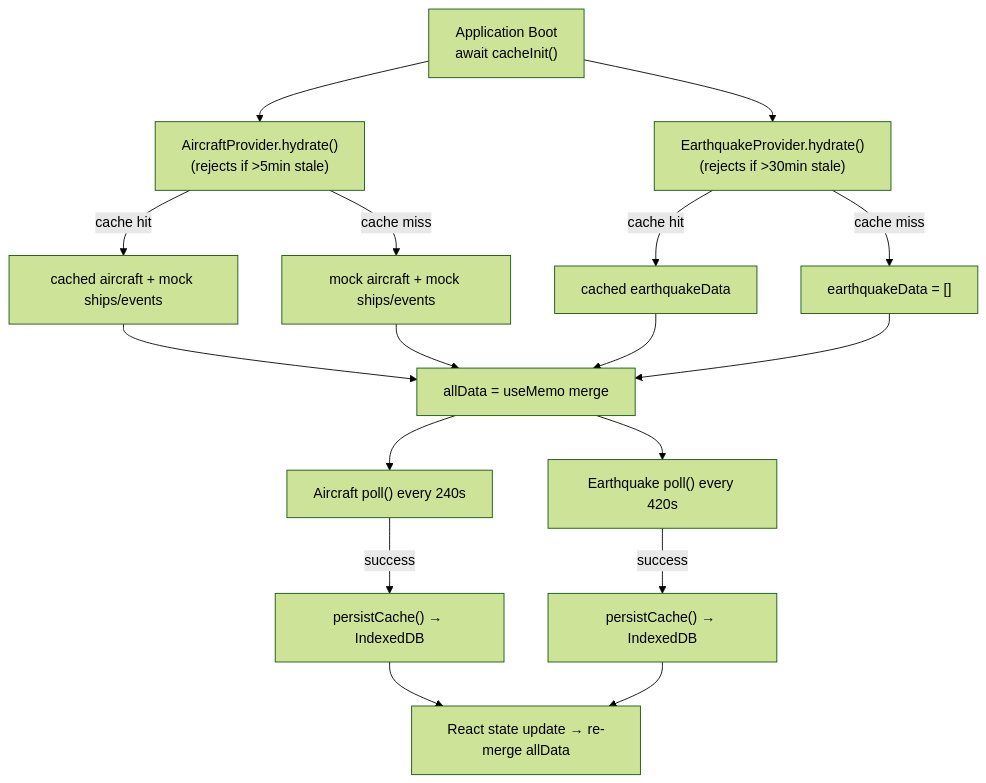
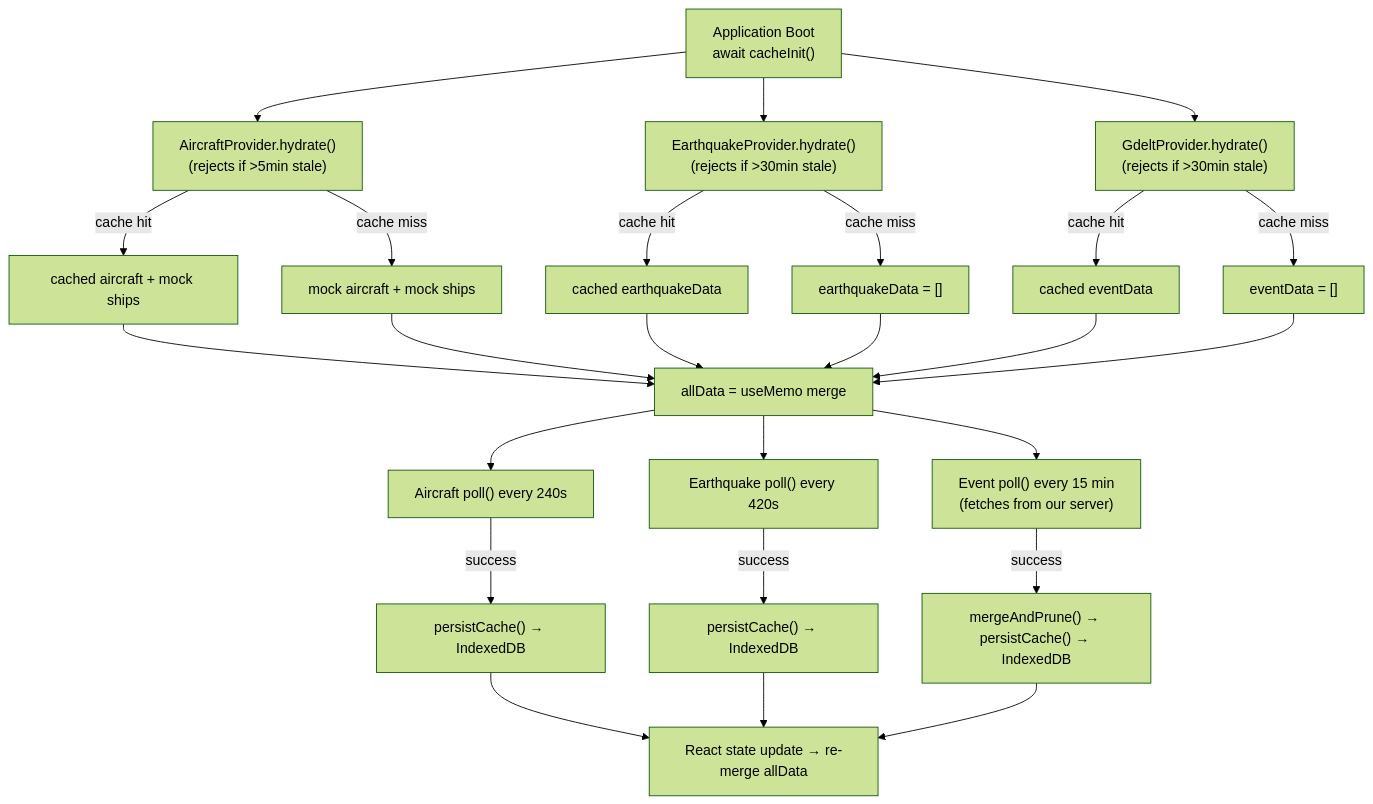
The first of 2 diagrams in docs/data-flow.md (iiTONELOC/sigint), drawn with Mermaid (forest theme) before and after one commit. The commit also changed other lines of this file and 25 other files, not shown here.

````diff
--- a/docs/data-flow.md
+++ b/docs/data-flow.md
@@ -49,25 +49,34 @@
 ```mermaid
 flowchart TD
     Boot["Application Boot<br/>await cacheInit()"] --> HydrateAC["AircraftProvider.hydrate()<br/>(rejects if >5min stale)"]
     Boot --> HydrateEQ["EarthquakeProvider.hydrate()<br/>(rejects if >30min stale)"]
+    Boot --> HydrateEV["GdeltProvider.hydrate()<br/>(rejects if >30min stale)"]
 
-    HydrateAC -->|"cache hit"| MergeCache["cached aircraft + mock ships/events"]
-    HydrateAC -->|"cache miss"| MockFallback["mock aircraft + mock ships/events"]
+    HydrateAC -->|"cache hit"| MergeCache["cached aircraft + mock ships"]
+    HydrateAC -->|"cache miss"| MockFallback["mock aircraft + mock ships"]
 
     HydrateEQ -->|"cache hit"| CachedEQ["cached earthquakeData"]
     HydrateEQ -->|"cache miss"| EmptyEQ["earthquakeData = []"]
+
+    HydrateEV -->|"cache hit"| CachedEV["cached eventData"]
+    HydrateEV -->|"cache miss"| EmptyEV["eventData = []"]
 
     MergeCache --> AllData["allData = useMemo merge"]
     MockFallback --> AllData
     CachedEQ --> AllData
     EmptyEQ --> AllData
+    CachedEV --> AllData
+    EmptyEV --> AllData
 
     AllData --> PollAC["Aircraft poll() every 240s"]
     AllData --> PollEQ["Earthquake poll() every 420s"]
+    AllData --> PollEV["Event poll() every 15 min<br/>(fetches from our server)"]
 
     PollAC -->|"success"| PersistAC["persistCache() → IndexedDB"]
     PollEQ -->|"success"| PersistEQ["persistCache() → IndexedDB"]
+    PollEV -->|"success"| PersistEV["mergeAndPrune() → persistCache() → IndexedDB"]
 
     PersistAC --> SetState["React state update → re-merge allData"]
     PersistEQ --> SetState
+    PersistEV --> SetState
 ```
````
